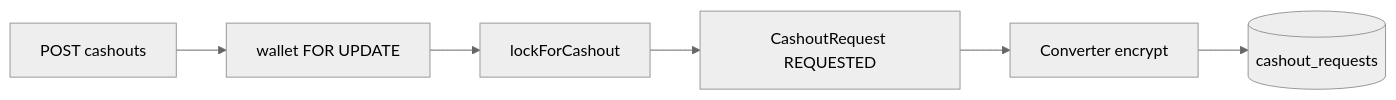
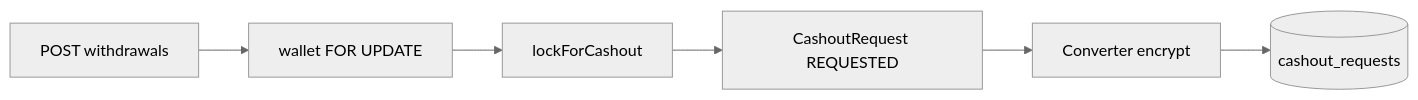
One commit to likelion-backendschool-9th/test-moa changed the diagram in docs/backend/payment/cashout.md. Above: the diagram before and after it, drawn with Mermaid (neutral theme). The commit also changed other lines of this file and 1 other file, not shown here.

````diff
--- a/docs/backend/payment/cashout.md
+++ b/docs/backend/payment/cashout.md
@@ -88,8 +87,8 @@
 ```mermaid
 flowchart LR
-  POST[POST cashouts] --> Lock[wallet FOR UPDATE]
+  POST[POST withdrawals] --> Lock[wallet FOR UPDATE]
   Lock --> LockBal[lockForCashout]
   LockBal --> Row[CashoutRequest REQUESTED]
   Row --> Enc[Converter encrypt]
   Enc --> DB[(cashout_requests)]
 ```
````
